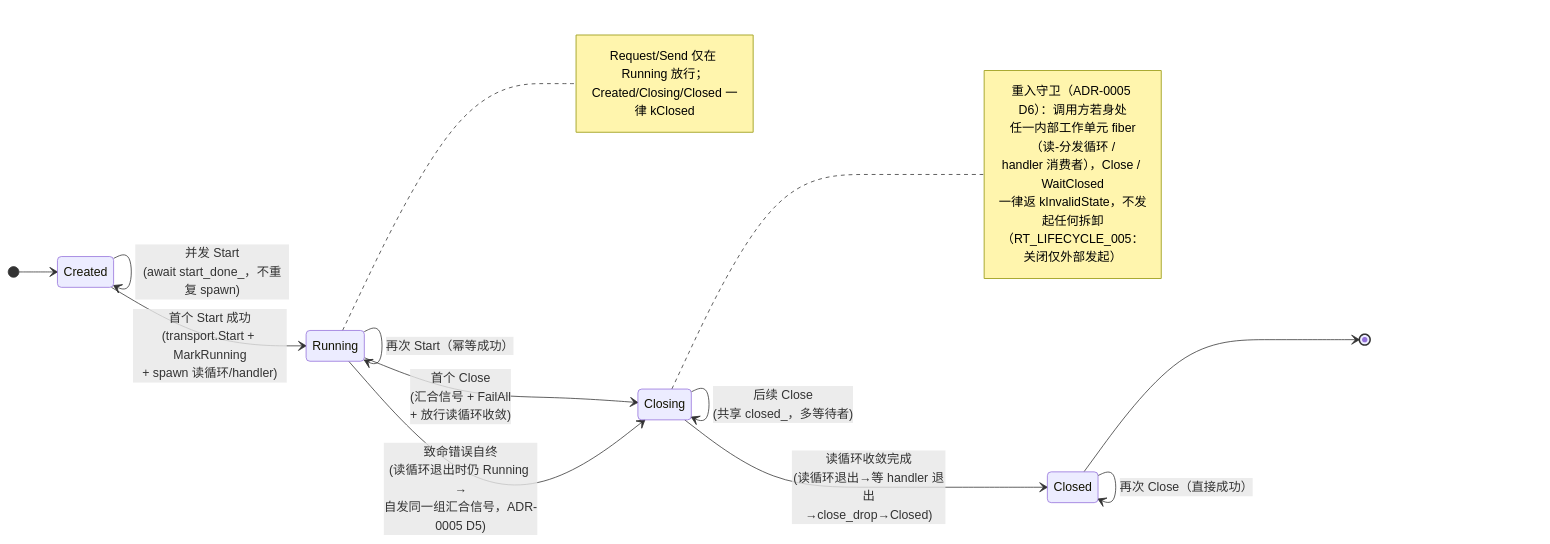
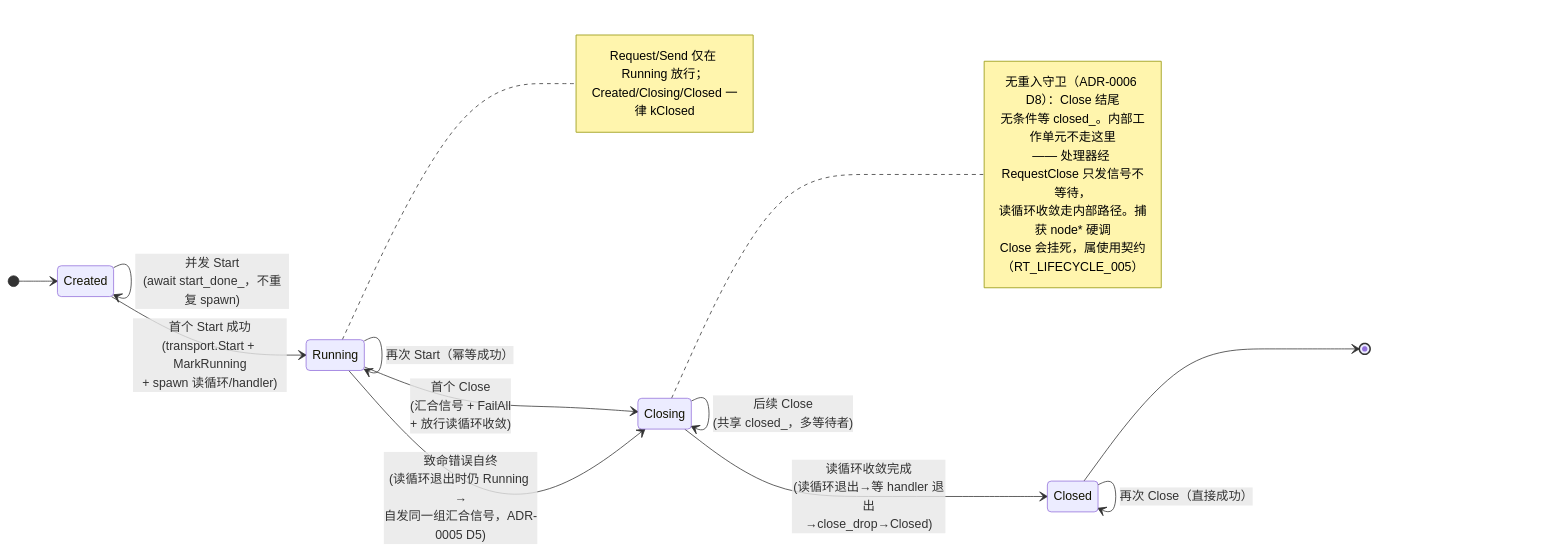
The diagram in docs/diagrams/state-node-lifecycle.mmd (Ste7an-cs/Transport), drawn with Mermaid before and after one commit. The commit also changed 9 other files, not shown here.

First line of the commit message:
docs: 撤销重入守卫,改为使用契约 + 只发信号的 RequestClose(ADR-0006 D8)

```diff
--- a/docs/diagrams/state-node-lifecycle.mmd
+++ b/docs/diagrams/state-node-lifecycle.mmd
@@ -1,30 +1,30 @@
 stateDiagram-v2
     direction LR
     [*] --> Created
 
     Created --> Created: ValidateConfig 失败<br/>(kConfiguration，可改配重试)
     Created --> Running: 首个 Start 成功<br/>(transport.Start + MarkRunning<br/>+ spawn 读循环/handler)
     Created --> Created: 并发 Start<br/>(await start_done_，不重复 spawn)
 
     Running --> Running: 再次 Start（幂等成功）
     Running --> Closing: 首个 Close<br/>(汇合信号 + FailAll<br/>+ 放行读循环收敛)
     Running --> Closing: 致命错误自终<br/>(读循环退出时仍 Running →<br/>自发同一组汇合信号，ADR-0005 D5)
 
     Closing --> Closing: 后续 Close<br/>(共享 closed_，多等待者)
     Closing --> Closed: 读循环收敛完成<br/>(读循环退出→等 handler 退出<br/>→close_drop→Closed)
 
     Closed --> Closed: 再次 Close（直接成功）
     Closed --> [*]
 
     note right of Closing
-        重入守卫（ADR-0005 D6）：调用方若身处
-        任一内部工作单元 fiber（读-分发循环 /
-        handler 消费者），Close / WaitClosed
-        一律返 kInvalidState，不发起任何拆卸
-        （RT_LIFECYCLE_005：关闭仅外部发起）
+        无重入守卫（ADR-0006 D8）：Close 结尾
+        无条件等 closed_。内部工作单元不走这里
+        —— 处理器经 RequestClose 只发信号不等待，
+        读循环收敛走内部路径。捕获 node* 硬调
+        Close 会挂死，属使用契约（RT_LIFECYCLE_005）
     end note
 
     note right of Running
         Request/Send 仅在 Running 放行；
         Created/Closing/Closed 一律 kClosed
     end note
```
